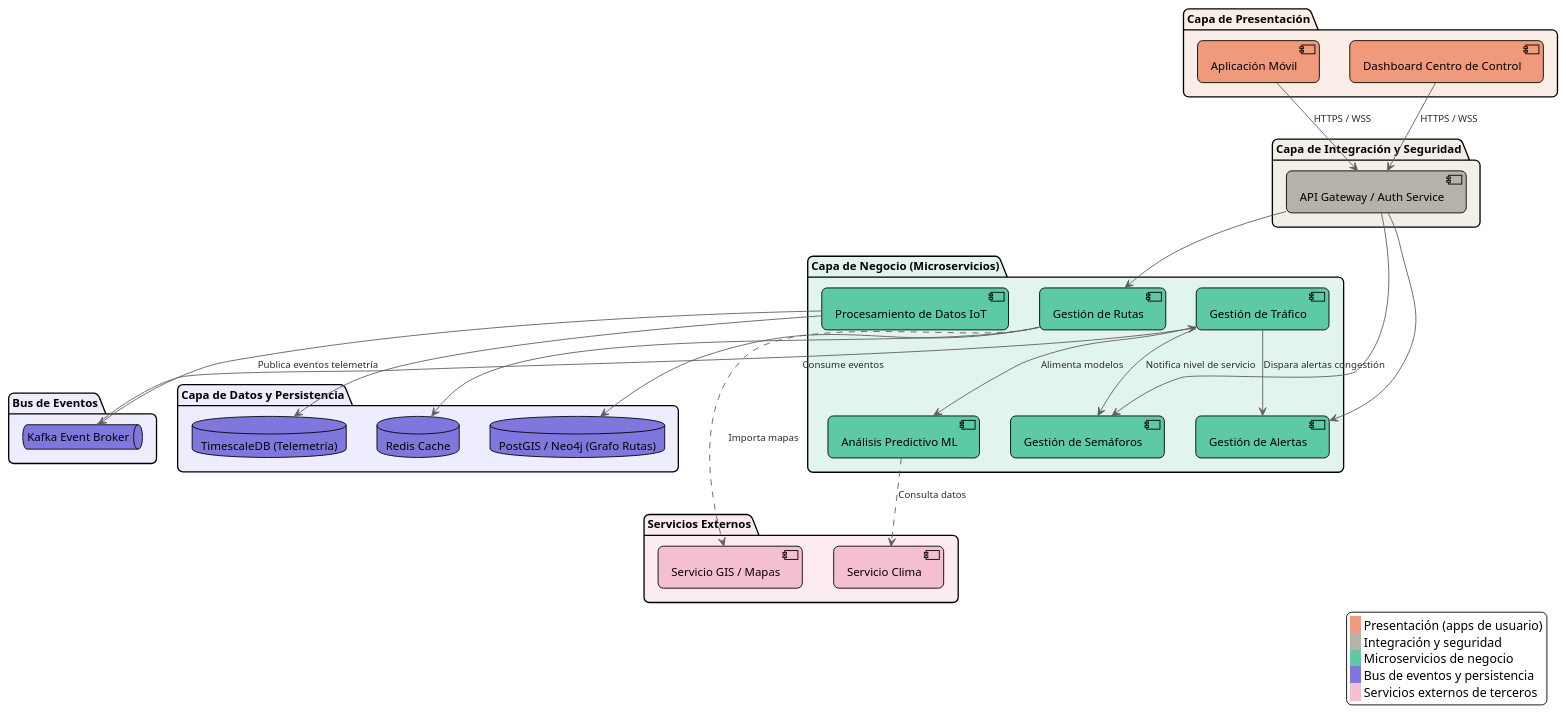
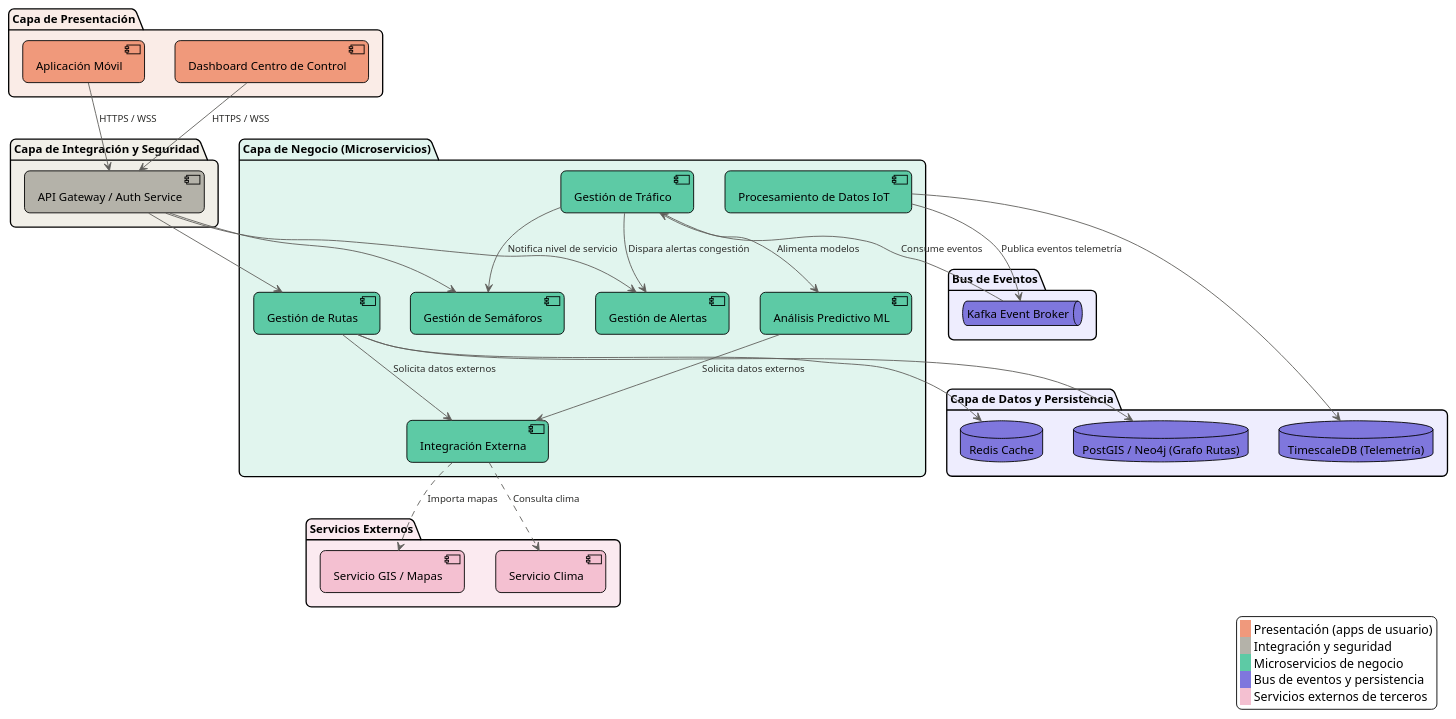
The diagram in diagrams/src/vista-logica.puml (JhonathanMusa/smart-mobility-system), drawn with PlantUML before and after one commit. The commit also changed 6 other files, not shown here.

Commit message:
Update diagrams and png files

```diff
--- a/diagrams/src/vista-logica.puml
+++ b/diagrams/src/vista-logica.puml
@@ -1,91 +1,94 @@
 @startuml vista-logica
 !theme plain
 skinparam componentStyle uml2
 skinparam shadowing false
 skinparam roundCorner 12
 skinparam defaultFontName Arial
 skinparam defaultFontSize 13
 
 skinparam ArrowColor #5F5E5A
 skinparam ArrowFontColor #2C2C2A
 skinparam ArrowFontSize 11
 
 skinparam package {
   BorderThickness 1.5
   FontStyle bold
 }
 
 skinparam component {
   BorderThickness 1
 }
 
 skinparam queue {
   BorderThickness 1
 }
 
 skinparam database {
   BorderThickness 1
 }
 
 package "Capa de Presentación" #FAECE7 {
   [Aplicación Móvil] as App #F0997B
   [Dashboard Centro de Control] as Dash #F0997B
 }
 
 package "Capa de Integración y Seguridad" #F1EFE8 {
   [API Gateway / Auth Service] as GW #B4B2A9
 }
 
 package "Capa de Negocio (Microservicios)" #E1F5EE {
   [Procesamiento de Datos IoT] as MGS #5DCAA5
   [Gestión de Tráfico] as MGT #5DCAA5
   [Gestión de Semáforos] as MGSem #5DCAA5
   [Gestión de Rutas] as MGR #5DCAA5
   [Gestión de Alertas] as MGA #5DCAA5
   [Análisis Predictivo ML] as ML #5DCAA5
+  [Integración Externa] as IntExt #5DCAA5
 }
 
 package "Bus de Eventos" #EEEDFE {
   queue "Kafka Event Broker" as Kafka #7F77DD
 }
 
 package "Capa de Datos y Persistencia" #EEEDFE {
   database "TimescaleDB (Telemetría)" as DB_Time #7F77DD
   database "PostGIS / Neo4j (Grafo Rutas)" as DB_Geo #7F77DD
   database "Redis Cache" as Cache #7F77DD
 }
 
 package "Servicios Externos" #FBEAF0 {
   [Servicio GIS / Mapas] as GIS #F4C0D1
   [Servicio Clima] as Weather #F4C0D1
 }
 
 App --> GW : HTTPS / WSS
 Dash --> GW : HTTPS / WSS
 
 GW --> MGR
 GW --> MGA
 GW --> MGSem
 
 MGS --> Kafka : Publica eventos telemetría
 Kafka --> MGT : Consume eventos
 MGT --> MGSem : Notifica nivel de servicio
 MGT --> MGA : Dispara alertas congestión
 MGT --> ML : Alimenta modelos
 
 MGR --> DB_Geo
 MGS --> DB_Time
 MGR --> Cache
 
-ML ..> Weather : Consulta datos
-MGR ..> GIS : Importa mapas
+ML --> IntExt : Solicita datos externos
+MGR --> IntExt : Solicita datos externos
+IntExt ..> Weather : Consulta clima
+IntExt ..> GIS : Importa mapas
 
 legend right
   <back:#F0997B>   </back> Presentación (apps de usuario)
   <back:#B4B2A9>   </back> Integración y seguridad
   <back:#5DCAA5>   </back> Microservicios de negocio
   <back:#7F77DD>   </back> Bus de eventos y persistencia
   <back:#F4C0D1>   </back> Servicios externos de terceros
 endlegend
 
 @enduml
```
